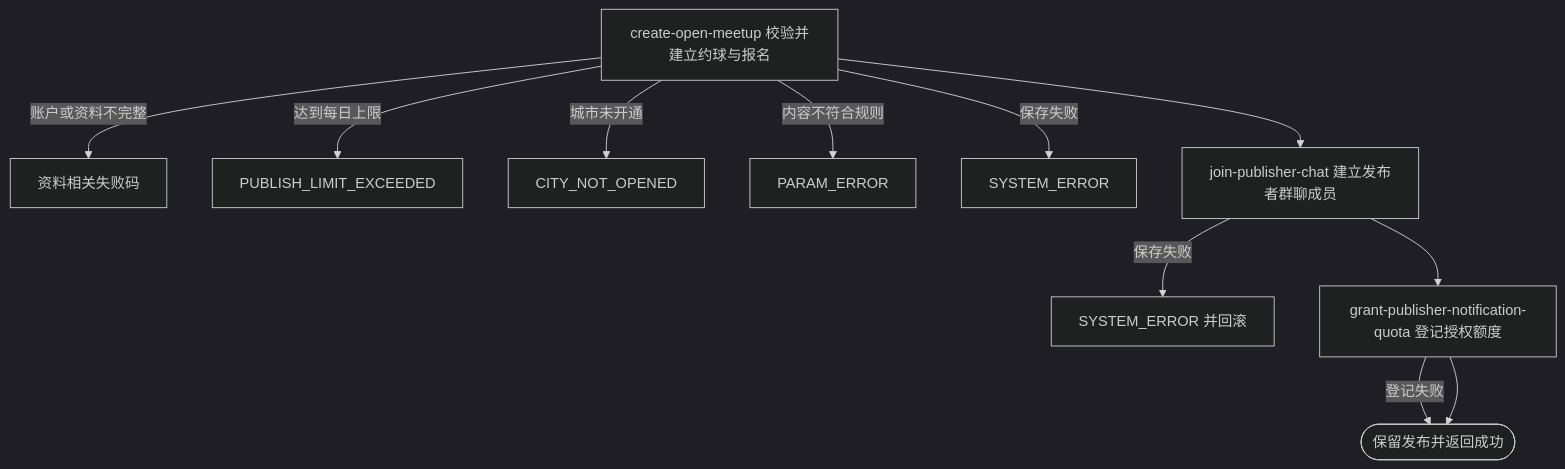
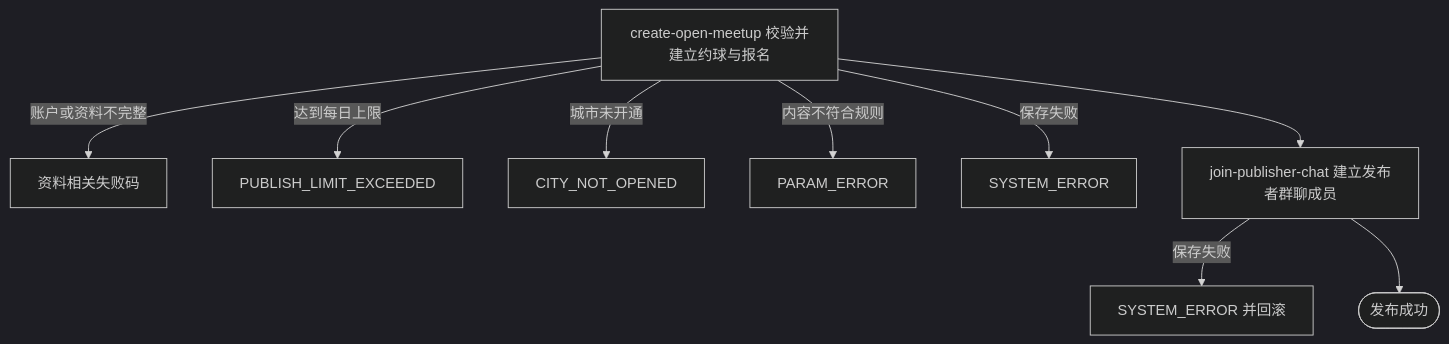
One commit to chxt100016/Rally changed the diagram in blueprint/spec/meetup/meetup-publish/publish-meetup.md. Above: the diagram before and after it, drawn with Mermaid (dark theme). The commit also changed other lines of this file and 170 other files, not shown here.

````diff
--- a/blueprint/spec/meetup/meetup-publish/publish-meetup.md
+++ b/blueprint/spec/meetup/meetup-publish/publish-meetup.md
@@ -53,13 +51,11 @@
 ```mermaid
 flowchart TD
     A[create-open-meetup 校验并建立约球与报名] -->|账户或资料不完整| E1[资料相关失败码]
     A -->|达到每日上限| E2[PUBLISH_LIMIT_EXCEEDED]
     A -->|城市未开通| E3[CITY_NOT_OPENED]
     A -->|内容不符合规则| E4[PARAM_ERROR]
     A -->|保存失败| E5[SYSTEM_ERROR]
     A --> B[join-publisher-chat 建立发布者群聊成员]
     B -->|保存失败| E6[SYSTEM_ERROR 并回滚]
-    B --> C[grant-publisher-notification-quota 登记授权额度]
-    C -->|登记失败| S([保留发布并返回成功])
-    C --> S
+    B --> S([发布成功])
 ```
````
